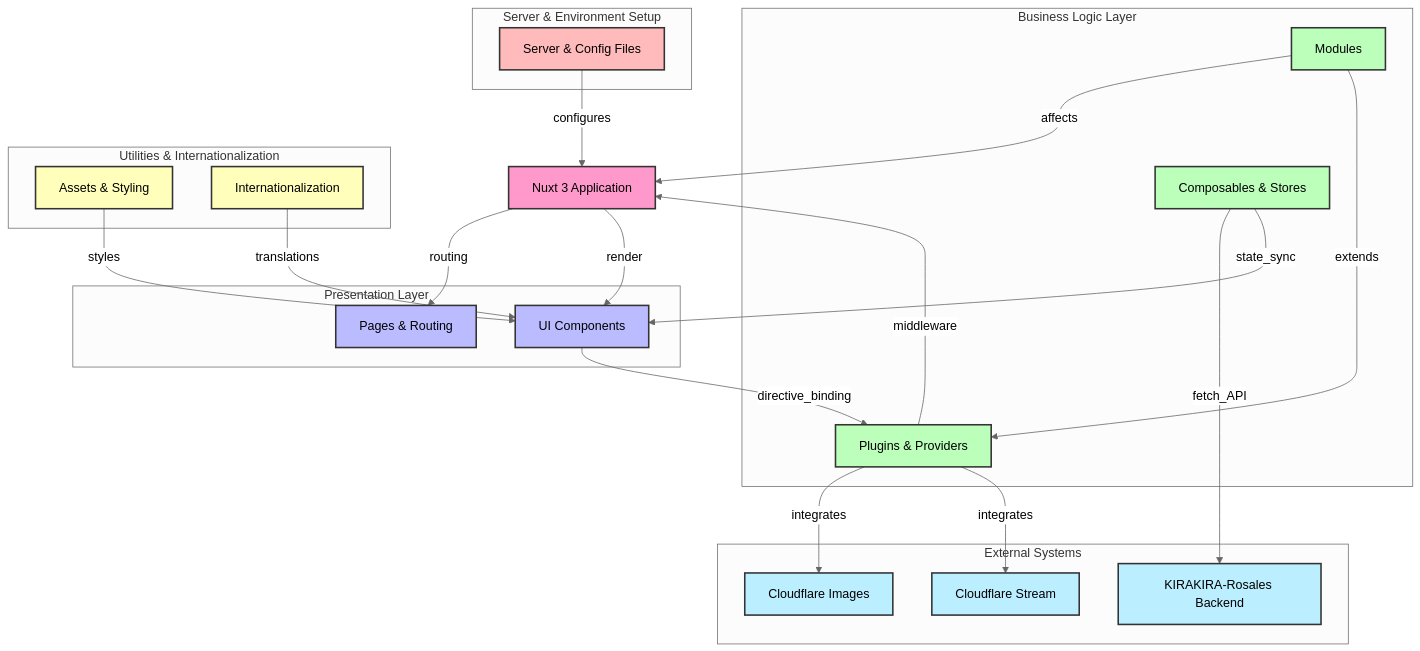
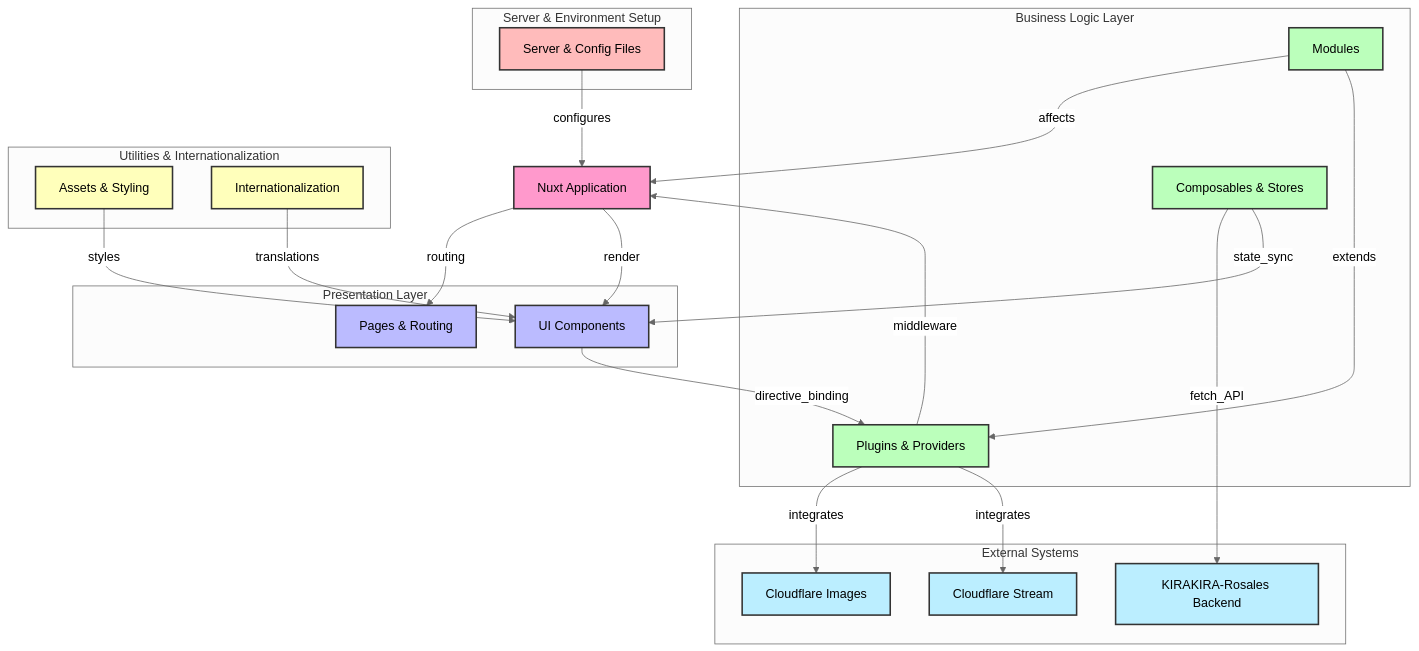
Before and after one commit to tratiger/KIRAKIRA-Cerasus-self: the diagram in README_en-US.md, drawn with Mermaid (neutral theme). The commit also changed other lines of this file and 2 other files, not shown here.

````diff
--- a/README_en-US.md
+++ b/README_en-US.md
@@ -40,79 +40,79 @@
 ```mermaid
 
 flowchart TD
     %% Core Application
-    NuxtApp["Nuxt 3 Application"]:::frontend
+    NuxtApp["Nuxt Application"]:::frontend
 
     %% Presentation Layer
     subgraph "Presentation Layer"
         Pages["Pages & Routing"]:::presentation
         UIComponents["UI Components"]:::presentation
     end
 
     %% Business Logic Layer
     subgraph "Business Logic Layer"
         ComposablesStores["Composables & Stores"]:::business
         Modules["Modules"]:::business
         PluginsProviders["Plugins & Providers"]:::business
     end
 
     %% Utilities & Internationalization
     subgraph "Utilities & Internationalization"
         AssetsStyling["Assets & Styling"]:::utilities
         Internationalization["Internationalization"]:::utilities
     end
 
     %% Server & Environment Setup
     subgraph "Server & Environment Setup"
         ServerEnv["Server & Config Files"]:::server
     end
 
     %% External Systems
     subgraph "External Systems"
         Backend["KIRAKIRA-Rosales Backend"]:::external
         CloudflareImages["Cloudflare Images"]:::external
         CloudflareStream["Cloudflare Stream"]:::external
     end
 
     %% Connections between layers
     NuxtApp -->|"routing"| Pages
     NuxtApp -->|"render"| UIComponents
     Modules -->|"affects"| NuxtApp
     PluginsProviders -->|"middleware"| NuxtApp
     ComposablesStores -->|"fetch_API"| Backend
     PluginsProviders -->|"integrates"| CloudflareImages
     PluginsProviders -->|"integrates"| CloudflareStream
     UIComponents -->|"directive_binding"| PluginsProviders
     AssetsStyling -->|"styles"| UIComponents
     Internationalization -->|"translations"| UIComponents
     ComposablesStores -->|"state_sync"| UIComponents
     Modules -->|"extends"| PluginsProviders
     ServerEnv -->|"configures"| NuxtApp
 
     %% Class definitions with colors
     classDef frontend fill:#f9c,stroke:#333,stroke-width:2px;
     classDef presentation fill:#bbf,stroke:#333,stroke-width:2px;
     classDef business fill:#bfb,stroke:#333,stroke-width:2px;
     classDef utilities fill:#ffb,stroke:#333,stroke-width:2px;
     classDef server fill:#fbb,stroke:#333,stroke-width:2px;
     classDef external fill:#bef,stroke:#333,stroke-width:2px;
 
     %% Click Events
     click NuxtApp "https://github.com/kirakira-douga/kirakira-cerasus/blob/develop/nuxt.config.ts"
     click NuxtApp "https://github.com/kirakira-douga/kirakira-cerasus/blob/develop/app.vue"
     click Pages "https://github.com/kirakira-douga/kirakira-cerasus/tree/develop/pages"
     click UIComponents "https://github.com/kirakira-douga/kirakira-cerasus/tree/develop/components"
     click Modules "https://github.com/kirakira-douga/kirakira-cerasus/tree/develop/modules"
     click ComposablesStores "https://github.com/kirakira-douga/kirakira-cerasus/tree/develop/composables"
     click ComposablesStores "https://github.com/kirakira-douga/kirakira-cerasus/blob/develop/stores/app-settings.ts"
     click AssetsStyling "https://github.com/kirakira-douga/kirakira-cerasus/tree/develop/assets"
     click AssetsStyling "https://github.com/kirakira-douga/kirakira-cerasus/tree/develop/helpers"
     click AssetsStyling "https://github.com/kirakira-douga/kirakira-cerasus/tree/develop/utils"
     click PluginsProviders "https://github.com/kirakira-douga/kirakira-cerasus/tree/develop/plugins"
     click PluginsProviders "https://github.com/kirakira-douga/kirakira-cerasus/tree/develop/providers/nuxt-image"
     click Internationalization "https://github.com/kirakira-douga/kirakira-cerasus/tree/develop/locales"
     click ServerEnv "https://github.com/kirakira-douga/kirakira-cerasus/tree/develop/server"
     click ServerEnv "https://github.com/kirakira-douga/kirakira-cerasus/blob/develop/tsconfig.json"
     click ServerEnv "https://github.com/kirakira-douga/kirakira-cerasus/blob/develop/.npmrc"
     click ServerEnv "https://github.com/kirakira-douga/kirakira-cerasus/blob/develop/pnpm-lock.yaml"
 ```
````
